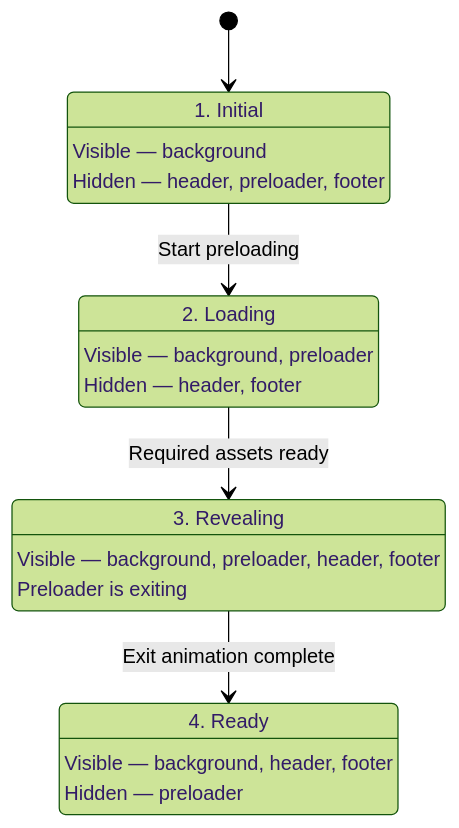
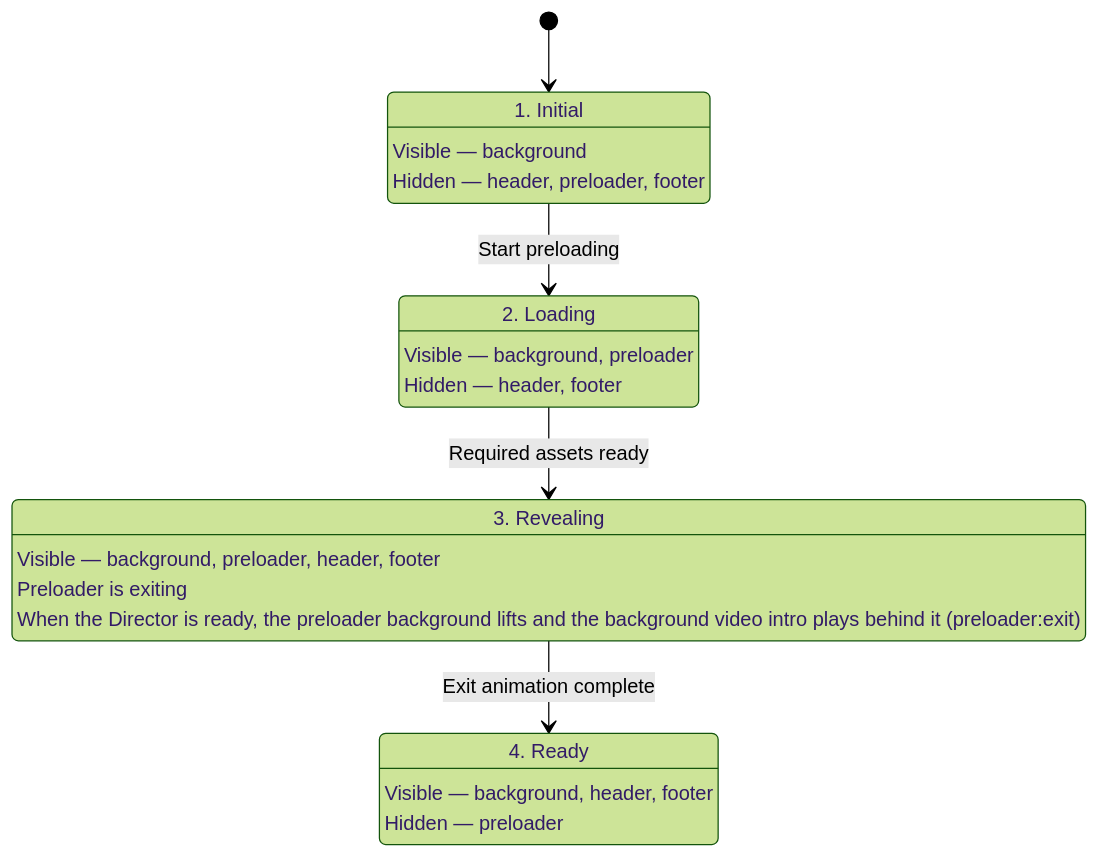
The diagram in js/preloader/states.md (datainkio/portfolio-frontend), drawn with Mermaid (forest theme) before and after one commit. The commit also changed 13 other files, not shown here.

First line of the commit message:
feat(landing): start the background intro as the preloader's outro begins

````diff
--- a/js/preloader/states.md
+++ b/js/preloader/states.md
@@ -14,25 +14,26 @@
 ```mermaid
 stateDiagram-v2
     direction TB
 
     state "1. Initial" as initial
     initial : Visible — background
     initial : Hidden — header, preloader, footer
 
     state "2. Loading" as loading
     loading : Visible — background, preloader
     loading : Hidden — header, footer
 
     state "3. Revealing" as revealing
     revealing : Visible — background, preloader, header, footer
     revealing : Preloader is exiting
+    revealing : When the Director is ready, the preloader background lifts and the background video intro plays behind it (preloader:exit)
      
     state "4. Ready" as ready
     ready : Visible — background, header, footer
     ready : Hidden — preloader
 
     [*] --> initial
     initial --> loading : Start preloading
     loading --> revealing : Required assets ready
     revealing --> ready : Exit animation complete
 ```
````
